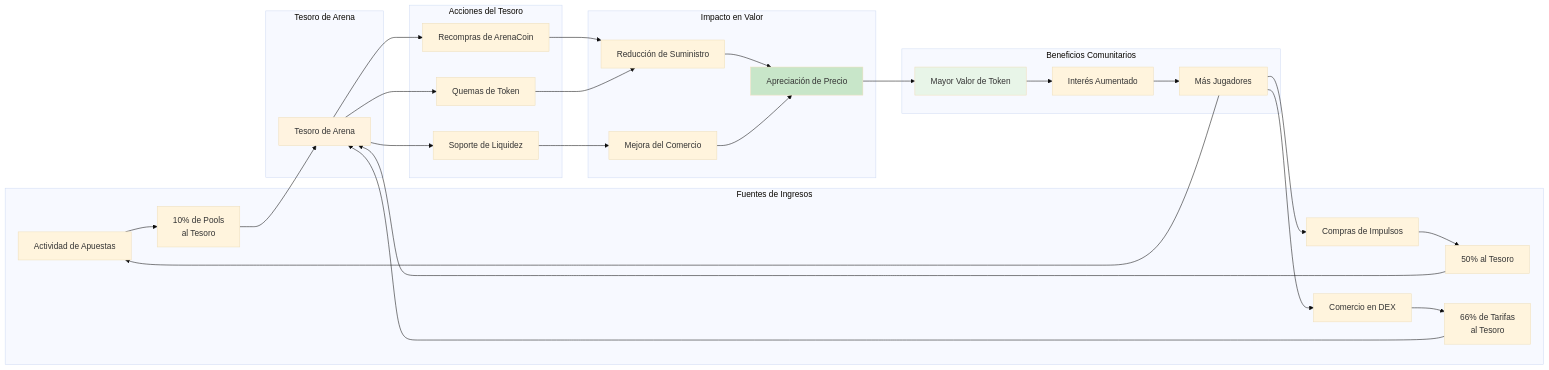
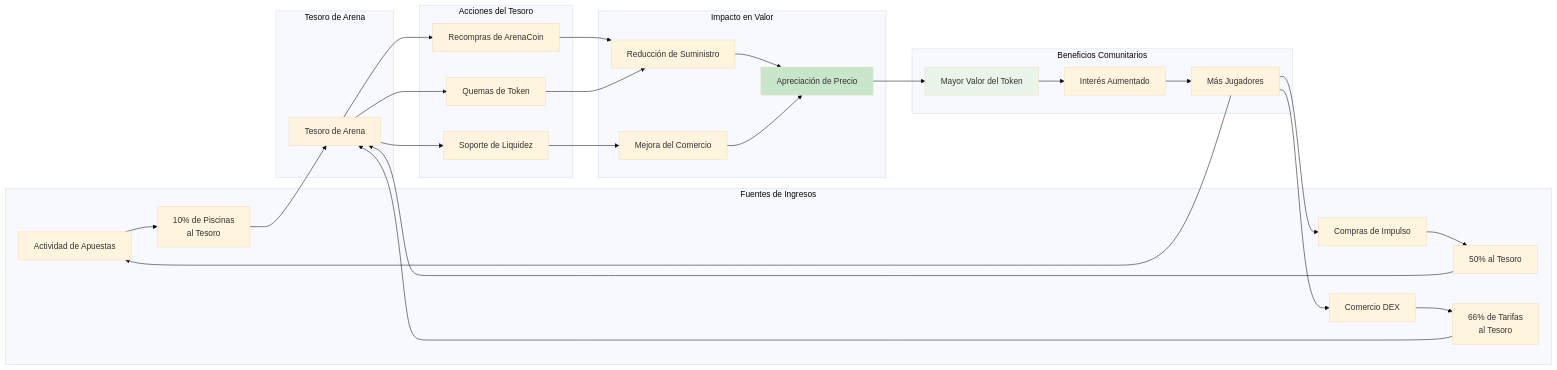
One commit to b3-fun/b3 changed the second of 2 diagrams in docs/es/hypeduel/arenacoins.mdx. Above: the diagram before and after it, drawn with Mermaid (base theme). The commit also changed other lines of this file and 95 other files, not shown here.

````diff
--- a/docs/es/hypeduel/arenacoins.mdx
+++ b/docs/es/hypeduel/arenacoins.mdx
@@ -161,41 +163,41 @@
 ```mermaid
 graph LR
     subgraph "Fuentes de Ingresos"
-        A[Actividad de Apuestas] --> B[10% de Pools<br/>al Tesoro]
-        C[Compras de Impulsos] --> D[50% al Tesoro]
-        E[Comercio en DEX] --> F[66% de Tarifas<br/>al Tesoro]
+        A[Actividad de Apuestas] --> B[10% de Piscinas<br/>al Tesoro]
+        C[Compras de Impulso] --> D[50% al Tesoro]
+        E[Comercio DEX] --> F[66% de Tarifas<br/>al Tesoro]
     end
 
     subgraph "Tesoro de Arena"
         B --> T[Tesoro de Arena]
         D --> T
         F --> T
     end
 
     subgraph "Acciones del Tesoro"
         T --> G[Recompras de ArenaCoin]
         T --> H[Quemas de Token]
         T --> I[Soporte de Liquidez]
     end
 
     subgraph "Impacto en Valor"
         G --> J[Reducción de Suministro]
         H --> J
         I --> K[Mejora del Comercio]
         J --> L[Apreciación de Precio]
         K --> L
     end
 
     subgraph "Beneficios Comunitarios"
-        L --> M[Mayor Valor de Token]
+        L --> M[Mayor Valor del Token]
         M --> N[Interés Aumentado]
         N --> O[Más Jugadores]
         O --> A
         O --> C
         O --> E
     end
 
     style T fill:#fff3e0
     style L fill:#c8e6c9
     style M fill:#e8f5e8
 ```
````
